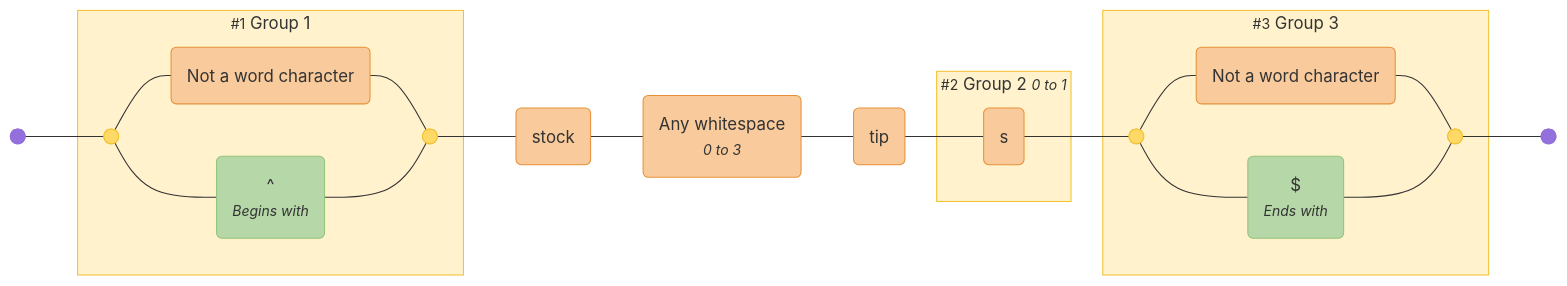
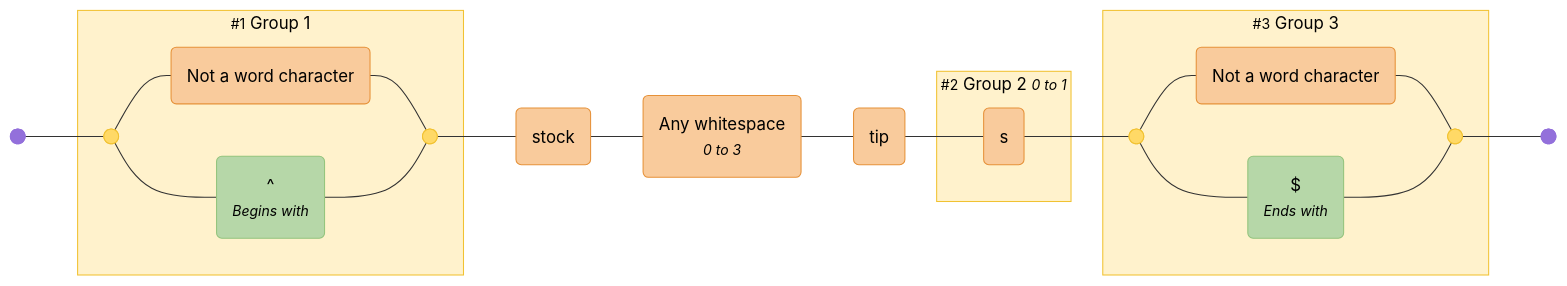
The fourth of 10 diagrams in EXAMPLES.md (tayles/regex-to-mermaid), drawn with Mermaid before and after one commit. The commit also changed other lines of this file and 11 other files, not shown here.

Commit message:
feat: Write example mermaid files

````diff
--- a/EXAMPLES.md
+++ b/EXAMPLES.md
@@ -262,70 +435,70 @@
 ```mermaid
 %% Regex: /(\W|^)stock\s{0,3}tip(s){0,1}(\W|$)/gim
 
 graph LR
   %% Nodes
   start@{ shape: f-circ };
   fin@{ shape: f-circ };
   disjunction_begin_1:::disjunction@{ shape: f-circ };
   disjunction_end_1:::disjunction@{ shape: f-circ };
   literal_1("Not a word character"):::literal;
   assertion_1("^<br><i><small>Begins with</small></i>"):::assertion;
   literal_2("stock"):::literal;
   literal_3("Any whitespace<br><i><small>0 to 3</small></i>"):::literal;
   literal_4("tip"):::literal;
   literal_5("s"):::literal;
   disjunction_begin_2:::disjunction@{ shape: f-circ };
   disjunction_end_2:::disjunction@{ shape: f-circ };
   literal_6("Not a word character"):::literal;
   assertion_2("$<br><i><small>Ends with</small></i>"):::assertion;
 
   %% Subgraphs
   subgraph standard_1 ["<small>#1</small> Group 1"]
     disjunction_begin_1
     disjunction_end_1
     literal_1
     assertion_1
   end
 
   subgraph standard_2 ["<small>#2</small> Group 2 <small><i>0 to 1</i></small>"]
     literal_5
   end
 
   subgraph standard_3 ["<small>#3</small> Group 3"]
     disjunction_begin_2
     disjunction_end_2
     literal_6
     assertion_2
   end
 
   %% Edges
   start --- disjunction_begin_1;
   disjunction_begin_1 --- literal_1;
   literal_1 --- disjunction_end_1;
   disjunction_begin_1 --- assertion_1;
   assertion_1 --- disjunction_end_1;
   disjunction_end_1 --- literal_2;
   literal_2 --- literal_3;
   literal_3 --- literal_4;
   literal_4 --- literal_5;
   literal_5 --- disjunction_begin_2;
   disjunction_begin_2 --- literal_6;
   literal_6 --- disjunction_end_2;
   disjunction_begin_2 --- assertion_2;
   assertion_2 --- disjunction_end_2;
   disjunction_end_2 --- fin;
 
   %% Styles
   %% Node Styling
-  classDef disjunction fill:#FFD966,stroke:#F1C232;
-  classDef literal fill:#F9CB9C,stroke:#E69138;
-  classDef assertion fill:#B6D7A8,stroke:#93C47D;
+  classDef disjunction fill:#FFD966,stroke:#F1C232,color:#000000;
+  classDef literal fill:#F9CB9C,stroke:#E69138,color:#000000;
+  classDef assertion fill:#B6D7A8,stroke:#93C47D,color:#000000;
 
   %% Group Styling
-  classDef standard fill:#FFF2CC,stroke:#F1C232;
+  classDef standard fill:#FFF2CC,stroke:#F1C232,color:#000000;
 
   %% Apply Group Classes
   class standard_1,standard_2,standard_3 standard;
 
 %% Generated with regex-to-mermaid@1.0.0
 ```
````
